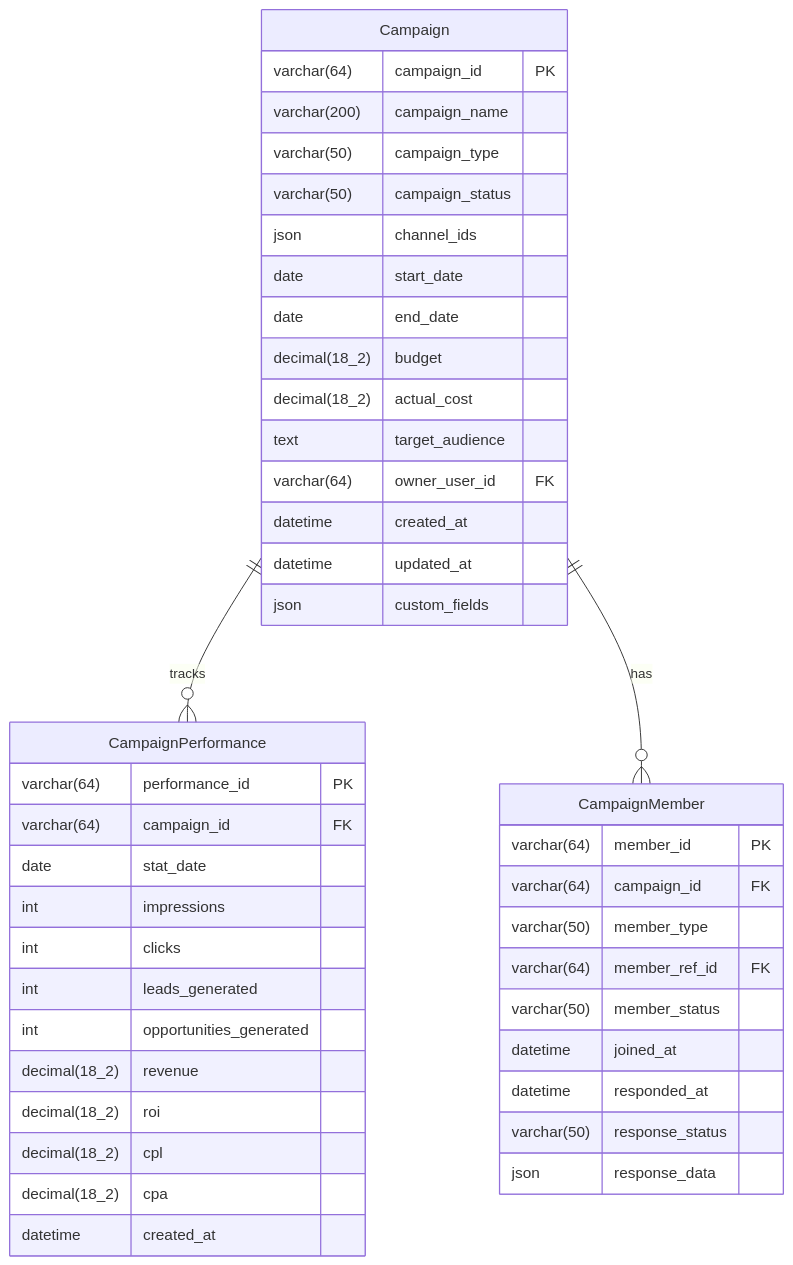
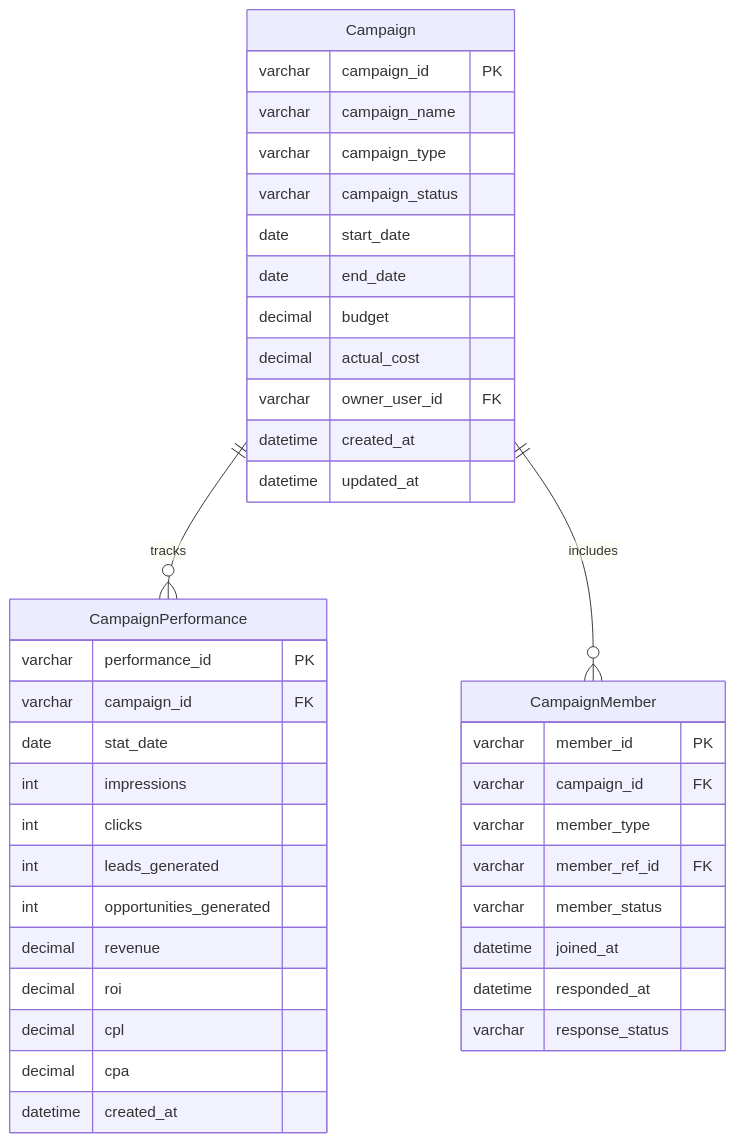
Before and after one commit to 312268112/advanced-java: the eighth of 25 diagrams in docs/b2b-cdp-entity-design.md, drawn with Mermaid. The commit also changed other lines of this file, not shown here.

````diff
--- a/docs/b2b-cdp-entity-design.md
+++ b/docs/b2b-cdp-entity-design.md
@@ -478,49 +474,45 @@
 ```mermaid
 erDiagram
-    Campaign ||--o{ CampaignPerformance : "tracks"
-    Campaign ||--o{ CampaignMember : "has"
+    Campaign ||--o{ CampaignPerformance : tracks
+    Campaign ||--o{ CampaignMember : includes
     
     Campaign {
-        varchar(64) campaign_id PK
-        varchar(200) campaign_name
-        varchar(50) campaign_type
-        varchar(50) campaign_status
-        json channel_ids
+        varchar campaign_id PK
+        varchar campaign_name
+        varchar campaign_type
+        varchar campaign_status
         date start_date
         date end_date
-        decimal(18_2) budget
-        decimal(18_2) actual_cost
-        text target_audience
-        varchar(64) owner_user_id FK
+        decimal budget
+        decimal actual_cost
+        varchar owner_user_id FK
         datetime created_at
         datetime updated_at
-        json custom_fields
     }
     
     CampaignPerformance {
-        varchar(64) performance_id PK
-        varchar(64) campaign_id FK
+        varchar performance_id PK
+        varchar campaign_id FK
         date stat_date
         int impressions
         int clicks
         int leads_generated
         int opportunities_generated
-        decimal(18_2) revenue
-        decimal(18_2) roi
-        decimal(18_2) cpl
-        decimal(18_2) cpa
+        decimal revenue
+        decimal roi
+        decimal cpl
+        decimal cpa
         datetime created_at
     }
     
     CampaignMember {
-        varchar(64) member_id PK
-        varchar(64) campaign_id FK
-        varchar(50) member_type
-        varchar(64) member_ref_id FK
-        varchar(50) member_status
+        varchar member_id PK
+        varchar campaign_id FK
+        varchar member_type
+        varchar member_ref_id FK
+        varchar member_status
         datetime joined_at
         datetime responded_at
-        varchar(50) response_status
-        json response_data
+        varchar response_status
     }
 ```
````
